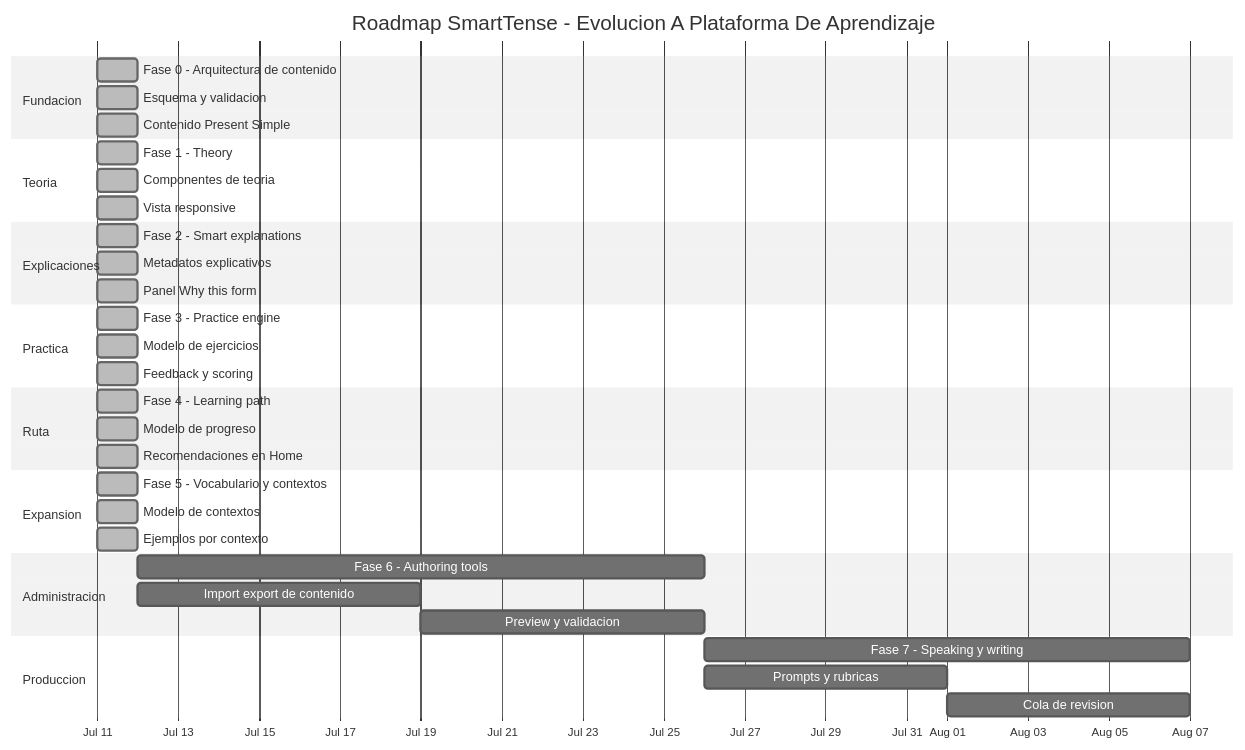
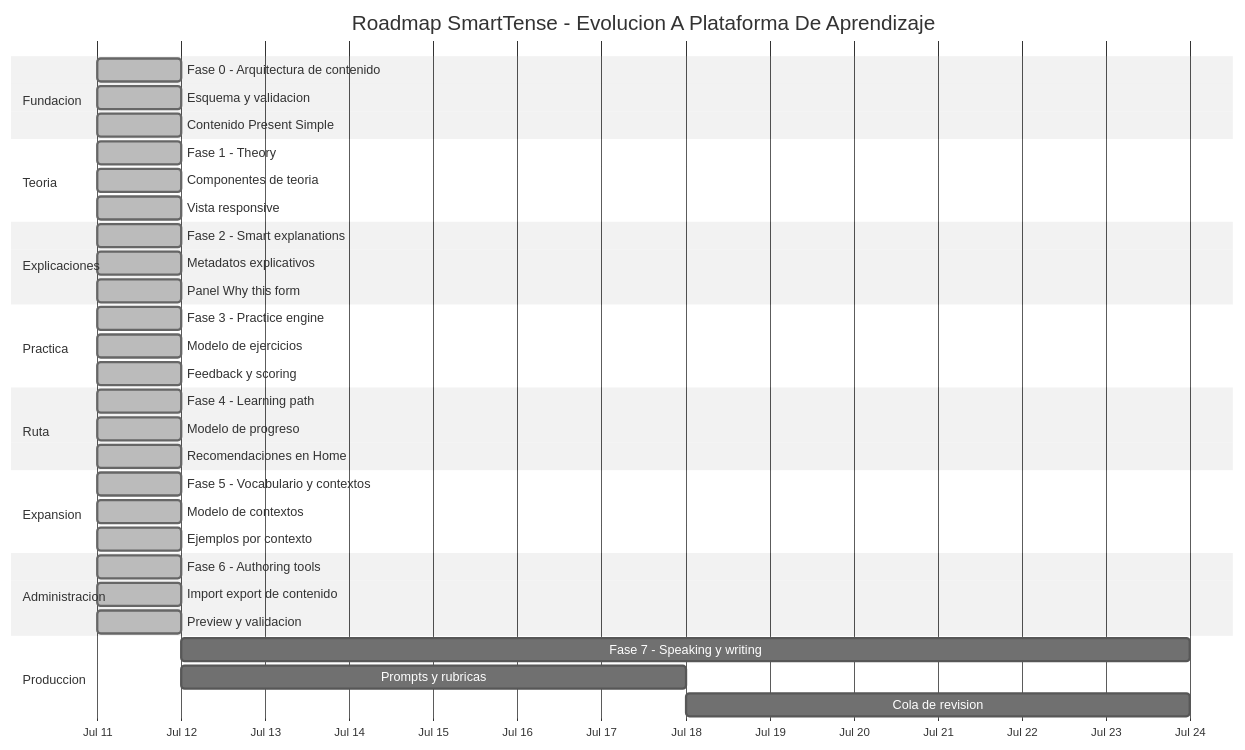
One commit to dafermen/SmartTense changed the diagram in docs/PROJECT_PHASE_ROADMAP.md. Above: the diagram before and after it, drawn with Mermaid (neutral theme). The commit also changed other lines of this file and 11 other files, not shown here.

````diff
--- a/docs/PROJECT_PHASE_ROADMAP.md
+++ b/docs/PROJECT_PHASE_ROADMAP.md
@@ -232,46 +236,46 @@
 ```mermaid
 gantt
     title Roadmap SmartTense - Evolucion A Plataforma De Aprendizaje
     dateFormat  YYYY-MM-DD
     axisFormat  %b %d
 
     section Fundacion
     Fase 0 - Arquitectura de contenido      :done, p0, 2026-07-11, 1d
     Esquema y validacion                    :done, p0a, 2026-07-11, 1d
     Contenido Present Simple                :done, p0b, 2026-07-11, 1d
 
     section Teoria
     Fase 1 - Theory                         :done, p1, 2026-07-11, 1d
     Componentes de teoria                   :done, p1a, 2026-07-11, 1d
     Vista responsive                        :done, p1b, 2026-07-11, 1d
 
     section Explicaciones
     Fase 2 - Smart explanations             :done, p2, 2026-07-11, 1d
     Metadatos explicativos                  :done, p2a, 2026-07-11, 1d
     Panel Why this form                     :done, p2b, 2026-07-11, 1d
 
     section Practica
     Fase 3 - Practice engine                :done, p3, 2026-07-11, 1d
     Modelo de ejercicios                    :done, p3a, 2026-07-11, 1d
     Feedback y scoring                      :done, p3b, 2026-07-11, 1d
 
     section Ruta
     Fase 4 - Learning path                  :done, p4, 2026-07-11, 1d
     Modelo de progreso                      :done, p4a, 2026-07-11, 1d
     Recomendaciones en Home                 :done, p4b, 2026-07-11, 1d
 
     section Expansion
     Fase 5 - Vocabulario y contextos        :done, p5, 2026-07-11, 1d
     Modelo de contextos                     :done, p5a, 2026-07-11, 1d
     Ejemplos por contexto                   :done, p5b, 2026-07-11, 1d
 
     section Administracion
-    Fase 6 - Authoring tools                :p6, 2026-07-12, 14d
-    Import export de contenido              :p6a, 2026-07-12, 7d
-    Preview y validacion                    :p6b, after p6a, 7d
+    Fase 6 - Authoring tools                :done, p6, 2026-07-11, 1d
+    Import export de contenido              :done, p6a, 2026-07-11, 1d
+    Preview y validacion                    :done, p6b, 2026-07-11, 1d
 
     section Produccion
-    Fase 7 - Speaking y writing             :p7, after p6, 12d
-    Prompts y rubricas                      :p7a, after p6, 6d
+    Fase 7 - Speaking y writing             :p7, 2026-07-12, 12d
+    Prompts y rubricas                      :p7a, 2026-07-12, 6d
     Cola de revision                        :p7b, after p7a, 6d
 ```
````
